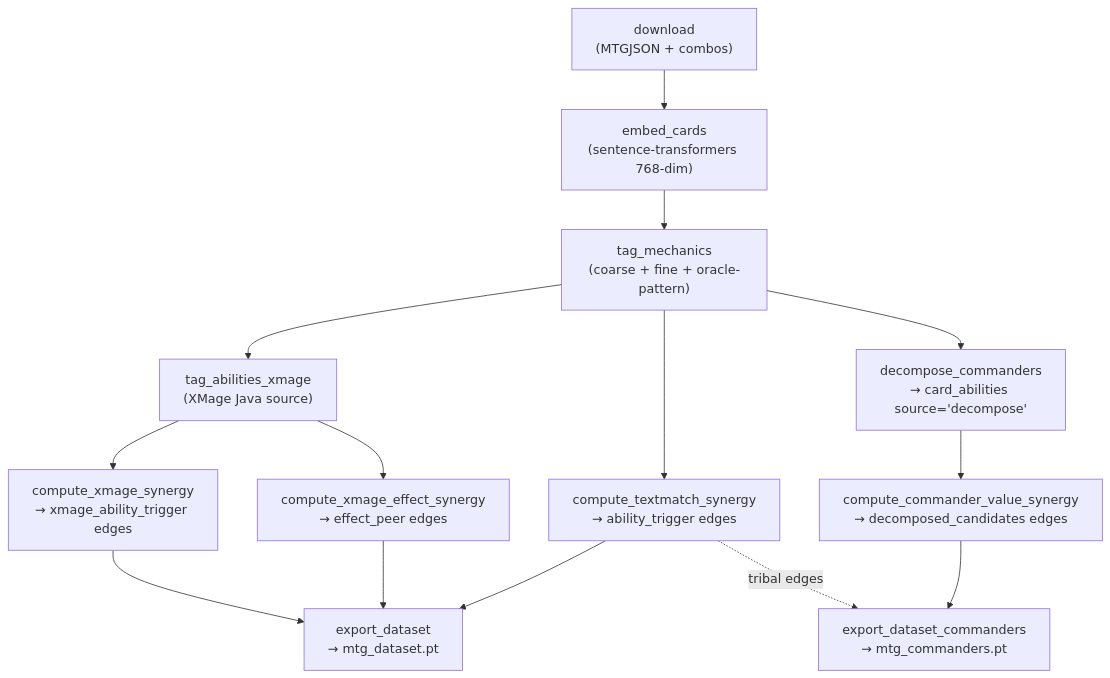
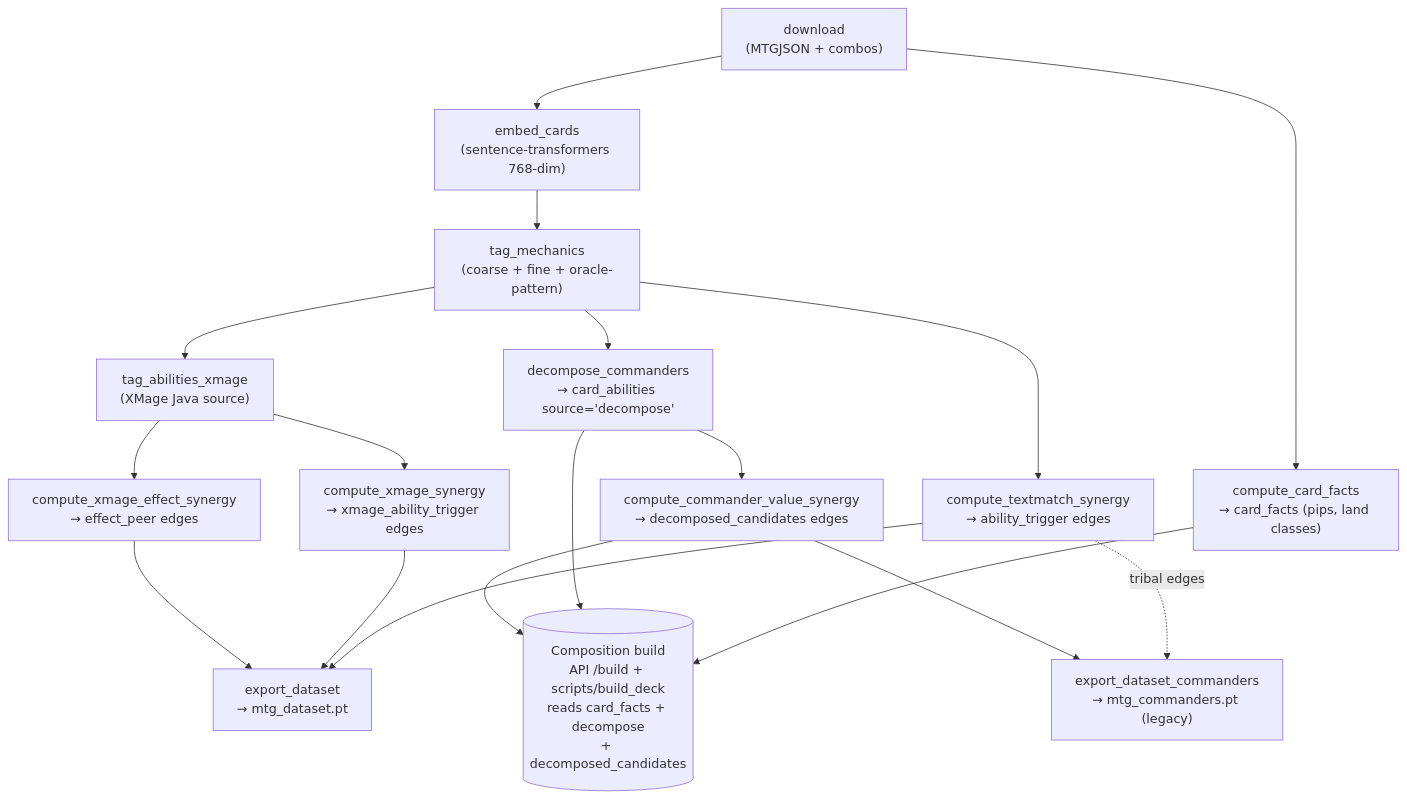
Before and after one commit to cobaltroad/mtg-pytorch: the second of 3 diagrams in CLAUDE.md, drawn with Mermaid. The commit also changed other lines of this file and 1 other file, not shown here.

````diff
--- a/CLAUDE.md
+++ b/CLAUDE.md
@@ -154,29 +184,35 @@
 ```mermaid
 flowchart TD
     DL["download\n(MTGJSON + combos)"]
+    CF["compute_card_facts\n→ card_facts (pips, land classes)"]
     EC["embed_cards\n(sentence-transformers 768-dim)"]
     TM["tag_mechanics\n(coarse + fine + oracle-pattern)"]
     XM["tag_abilities_xmage\n(XMage Java source)"]
     TTS["compute_textmatch_synergy\n→ ability_trigger edges"]
     XS["compute_xmage_synergy\n→ xmage_ability_trigger edges"]
     XES["compute_xmage_effect_synergy\n→ effect_peer edges"]
     ED["export_dataset\n→ mtg_dataset.pt"]
     DC["decompose_commanders\n→ card_abilities source='decompose'"]
     CVS["compute_commander_value_synergy\n→ decomposed_candidates edges"]
-    EDC["export_dataset_commanders\n→ mtg_commanders.pt"]
+    EDC["export_dataset_commanders\n→ mtg_commanders.pt (legacy)"]
+    BUILD[("Composition build\nAPI /build + scripts/build_deck\nreads card_facts + decompose\n+ decomposed_candidates")]
 
+    DL --> CF
     DL --> EC
     EC --> TM
     TM --> XM
     TM --> TTS
     XM --> XS
     XM --> XES
     TTS --> ED
     XS --> ED
     XES --> ED
 
     TM --> DC
     DC --> CVS
     TTS -.->|"tribal edges"| EDC
     CVS --> EDC
+    CF --> BUILD
+    DC --> BUILD
+    CVS --> BUILD
 ```
````
